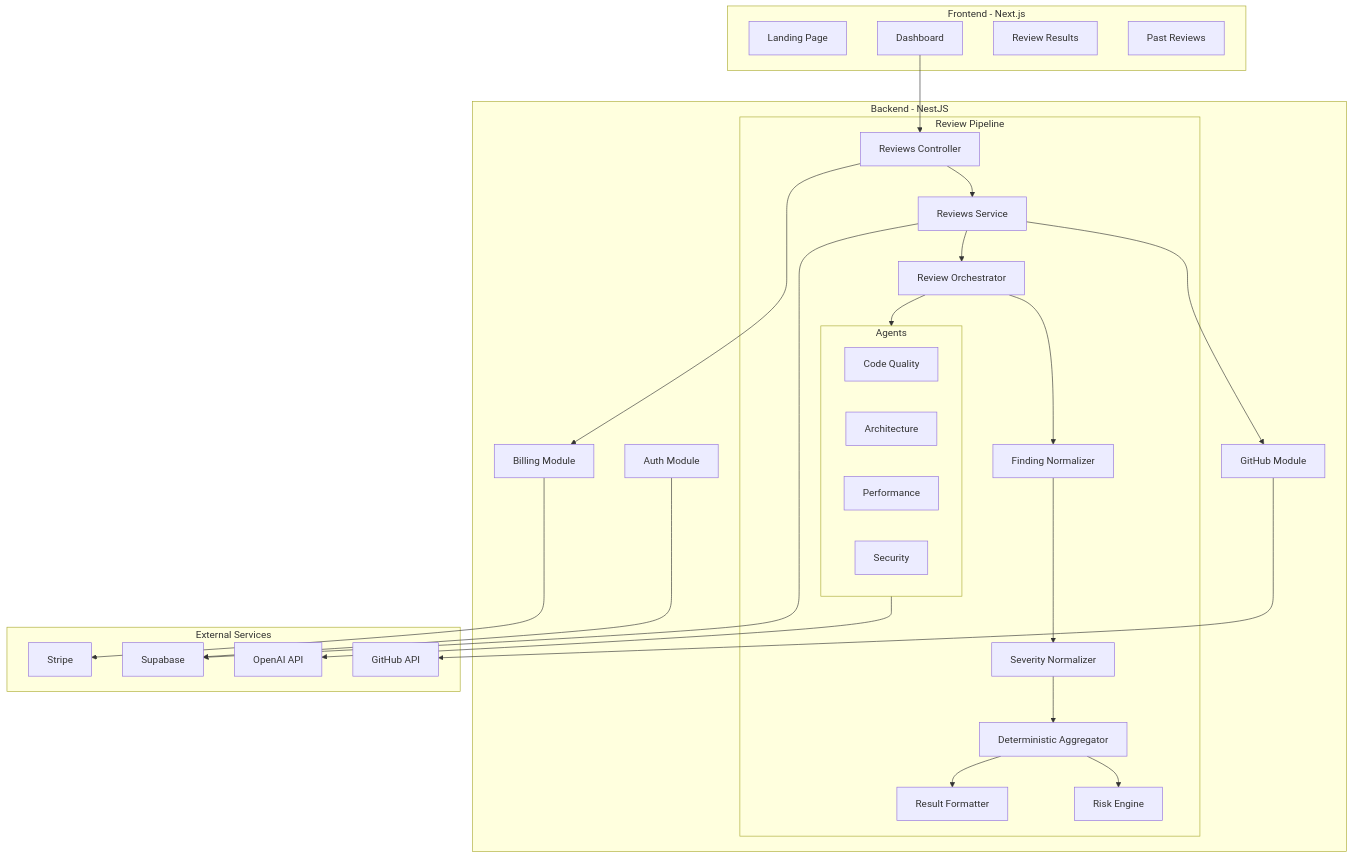
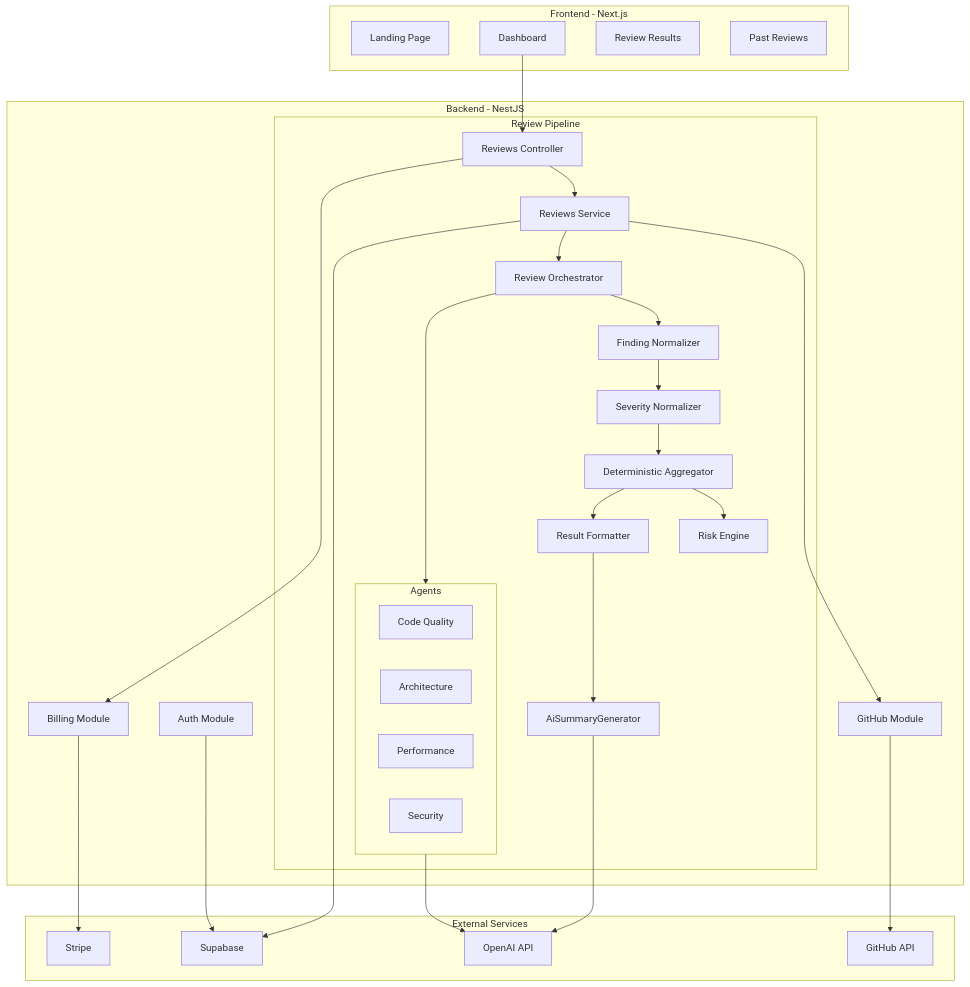
The diagram in README.md (anbochkarev1991/ai-code-review), drawn with Mermaid before and after one commit. The commit also changed other lines of this file and 36 other files, not shown here.

````diff
--- a/README.md
+++ b/README.md
@@ -147,58 +153,61 @@
 ```mermaid
 graph TB
     subgraph frontend [Frontend - Next.js]
         Landing[Landing Page]
         Dashboard[Dashboard]
         ReviewUI[Review Results]
         ReviewHistory[Past Reviews]
     end
 
     subgraph backend [Backend - NestJS]
         AuthMod[Auth Module]
         GitHubMod[GitHub Module]
         BillingMod[Billing Module]
 
         subgraph reviewPipeline [Review Pipeline]
             Controller[Reviews Controller]
             Service[Reviews Service]
             Orchestrator[Review Orchestrator]
 
             subgraph agents [Agents]
                 CQ[Code Quality]
                 AR[Architecture]
                 PF[Performance]
                 SC[Security]
             end
 
             Normalizer[Finding Normalizer]
             SevNorm[Severity Normalizer]
             Aggregator[Deterministic Aggregator]
             RiskEng[Risk Engine]
             Formatter[Result Formatter]
+            AiSummary[AiSummaryGenerator]
         end
     end
 
     subgraph external [External Services]
         GitHubAPI[GitHub API]
         OpenAI[OpenAI API]
         Stripe[Stripe]
         Supabase[Supabase]
     end
 
     Dashboard --> Controller
     Controller --> Service
     Service --> GitHubMod
     GitHubMod --> GitHubAPI
     Service --> Orchestrator
     Orchestrator --> agents
     agents --> OpenAI
     Orchestrator --> Normalizer
     Normalizer --> SevNorm
     SevNorm --> Aggregator
     Aggregator --> RiskEng
     Aggregator --> Formatter
+    Formatter --> AiSummary
+    AiSummary --> OpenAI
     Controller --> BillingMod
     BillingMod --> Stripe
     AuthMod --> Supabase
     Service --> Supabase
 ```
````
